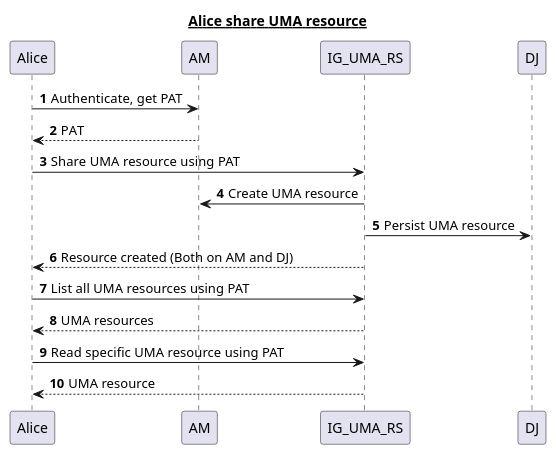
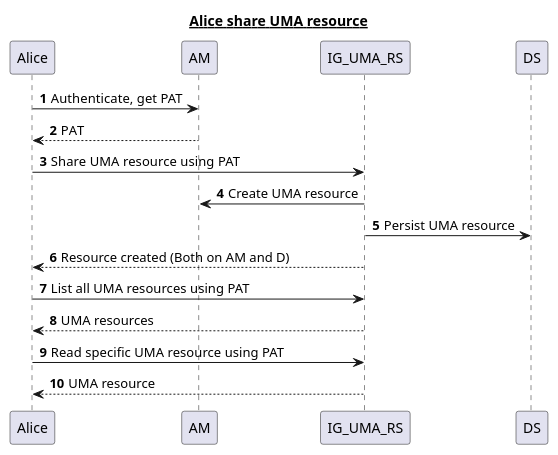
Before and after one commit to CharanMann/OpenIG-UMA-Extensions: the diagram in diagrams/ShareUMAResource.puml, drawn with PlantUML. The commit also changed 2 other files, not shown here.

Commit message:
Updated diagrams

```diff
--- a/diagrams/ShareUMAResource.puml
+++ b/diagrams/ShareUMAResource.puml
@@ -1,18 +1,18 @@
 @startuml
 title __Alice share UMA resource__
 autonumber
 Alice -> AM : Authenticate, get PAT
 AM --> Alice : PAT
 
 Alice -> IG_UMA_RS : Share UMA resource using PAT
 IG_UMA_RS -> AM : Create UMA resource
-IG_UMA_RS -> DJ : Persist UMA resource
-IG_UMA_RS --> Alice : Resource created (Both on AM and DJ)
+IG_UMA_RS -> DS : Persist UMA resource
+IG_UMA_RS --> Alice : Resource created (Both on AM and D)
 
 Alice -> IG_UMA_RS : List all UMA resources using PAT
 IG_UMA_RS --> Alice : UMA resources
 
 Alice -> IG_UMA_RS : Read specific UMA resource using PAT
 IG_UMA_RS --> Alice : UMA resource
 
 @enduml
```
